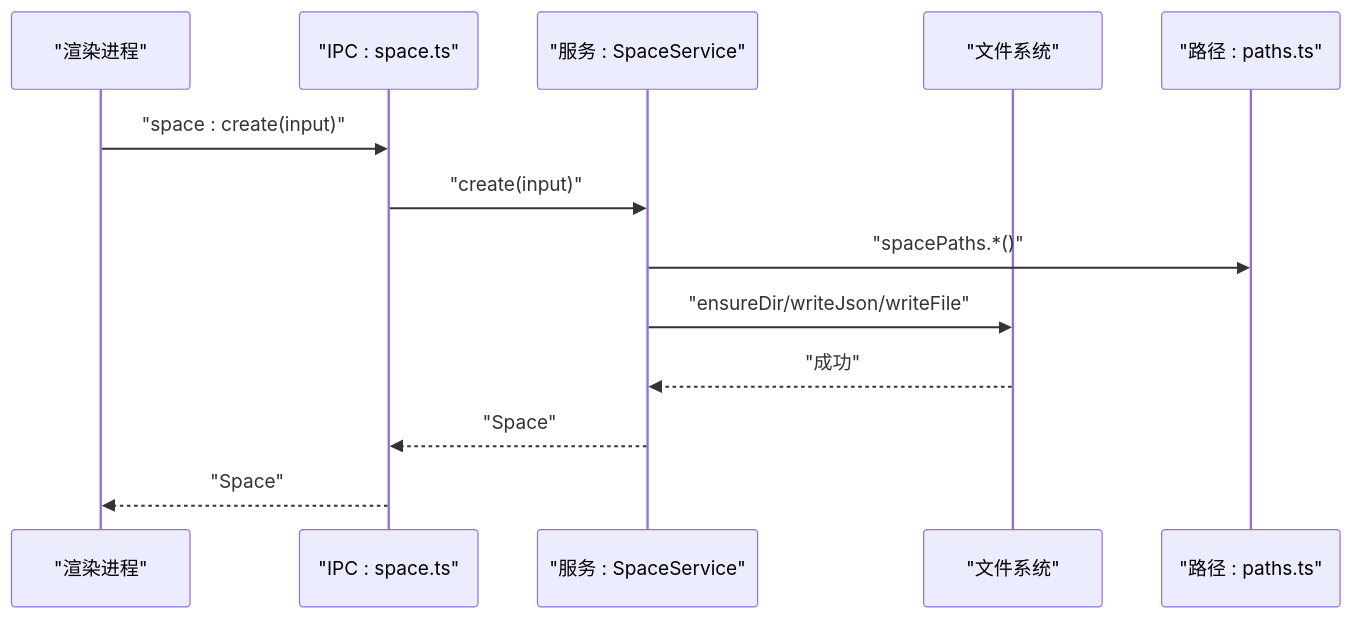
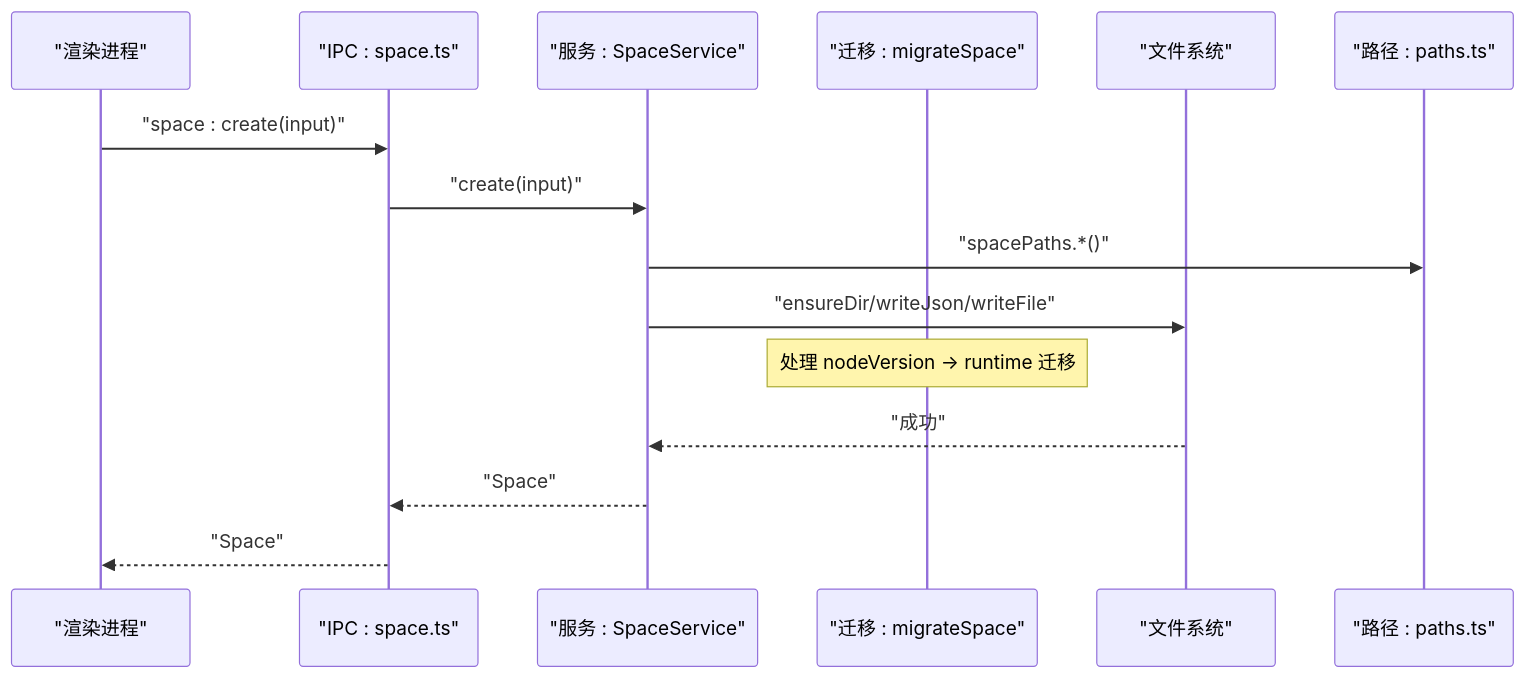
One commit to hozeeee/script-box changed the second of 7 diagrams in .qoder/repowiki/zh/content/架构设计/服务层架构/Space 服务（项目空间）.md. Above: the diagram before and after it, drawn with Mermaid. The commit also changed other lines of this file and 8 other files, not shown here.

````diff
--- a/.qoder/repowiki/zh/content/架构设计/服务层架构/Space 服务（项目空间）.md
+++ b/.qoder/repowiki/zh/content/架构设计/服务层架构/Space 服务（项目空间）.md
@@ -90,15 +105,17 @@
 ```mermaid
 sequenceDiagram
 participant UI as "渲染进程"
 participant IPC as "IPC : space.ts"
 participant SVC as "服务 : SpaceService"
+participant MIG as "迁移 : migrateSpace"
 participant FS as "文件系统"
 participant PATHS as "路径 : paths.ts"
 UI->>IPC : "space : create(input)"
 IPC->>SVC : "create(input)"
 SVC->>PATHS : "spacePaths.*()"
 SVC->>FS : "ensureDir/writeJson/writeFile"
+Note over MIG : 处理 nodeVersion -> runtime 迁移
 FS-->>SVC : "成功"
 SVC-->>IPC : "Space"
 IPC-->>UI : "Space"
 ```
````
